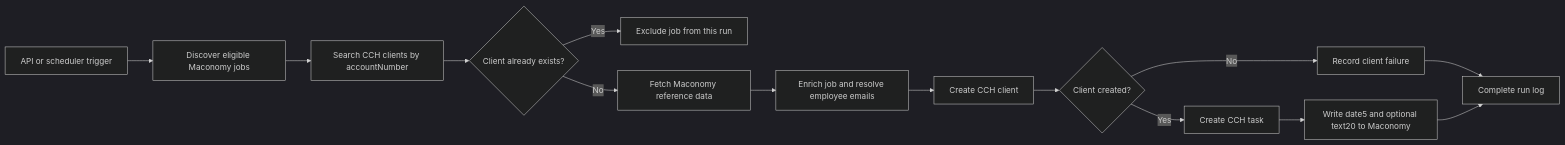
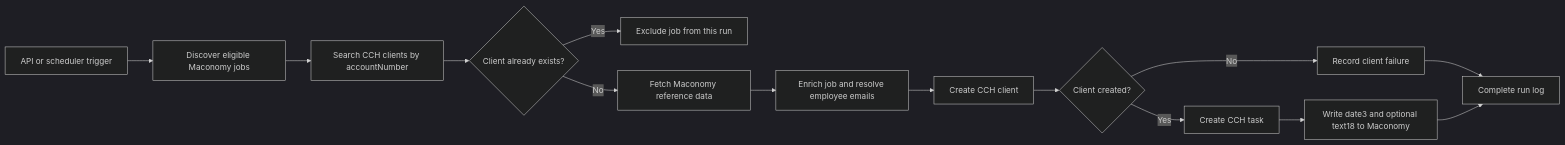
The first of 5 diagrams in backend/app/features/xcm_cch_client_scoped_integration/README.md (VskySolutions/THF_Integration-), drawn with Mermaid (dark theme) before and after one commit. The commit also changed other lines of this file and 7 other files, not shown here.

Commit message:
feat: update Maconomy integration to use date3 and text18 fields for writeback

````diff
--- a/backend/app/features/xcm_cch_client_scoped_integration/README.md
+++ b/backend/app/features/xcm_cch_client_scoped_integration/README.md
@@ -15,16 +15,16 @@
 ```mermaid
 flowchart LR
     A[API or scheduler trigger] --> B[Discover eligible Maconomy jobs]
     B --> C[Search CCH clients by accountNumber]
     C --> D{Client already exists?}
     D -- Yes --> E[Exclude job from this run]
     D -- No --> F[Fetch Maconomy reference data]
     F --> G[Enrich job and resolve employee emails]
     G --> H[Create CCH client]
     H --> I{Client created?}
     I -- No --> J[Record client failure]
     I -- Yes --> K[Create CCH task]
-    K --> L[Write date5 and optional text20 to Maconomy]
+    K --> L[Write date3 and optional text18 to Maconomy]
     J --> M[Complete run log]
     L --> M
 ```
````
